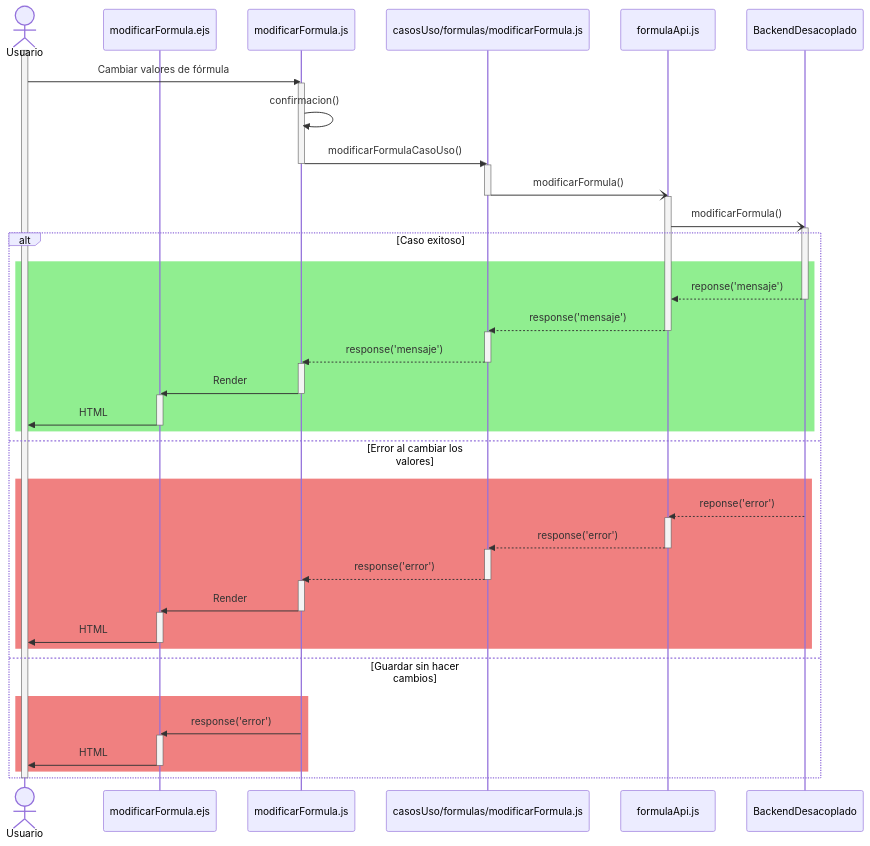
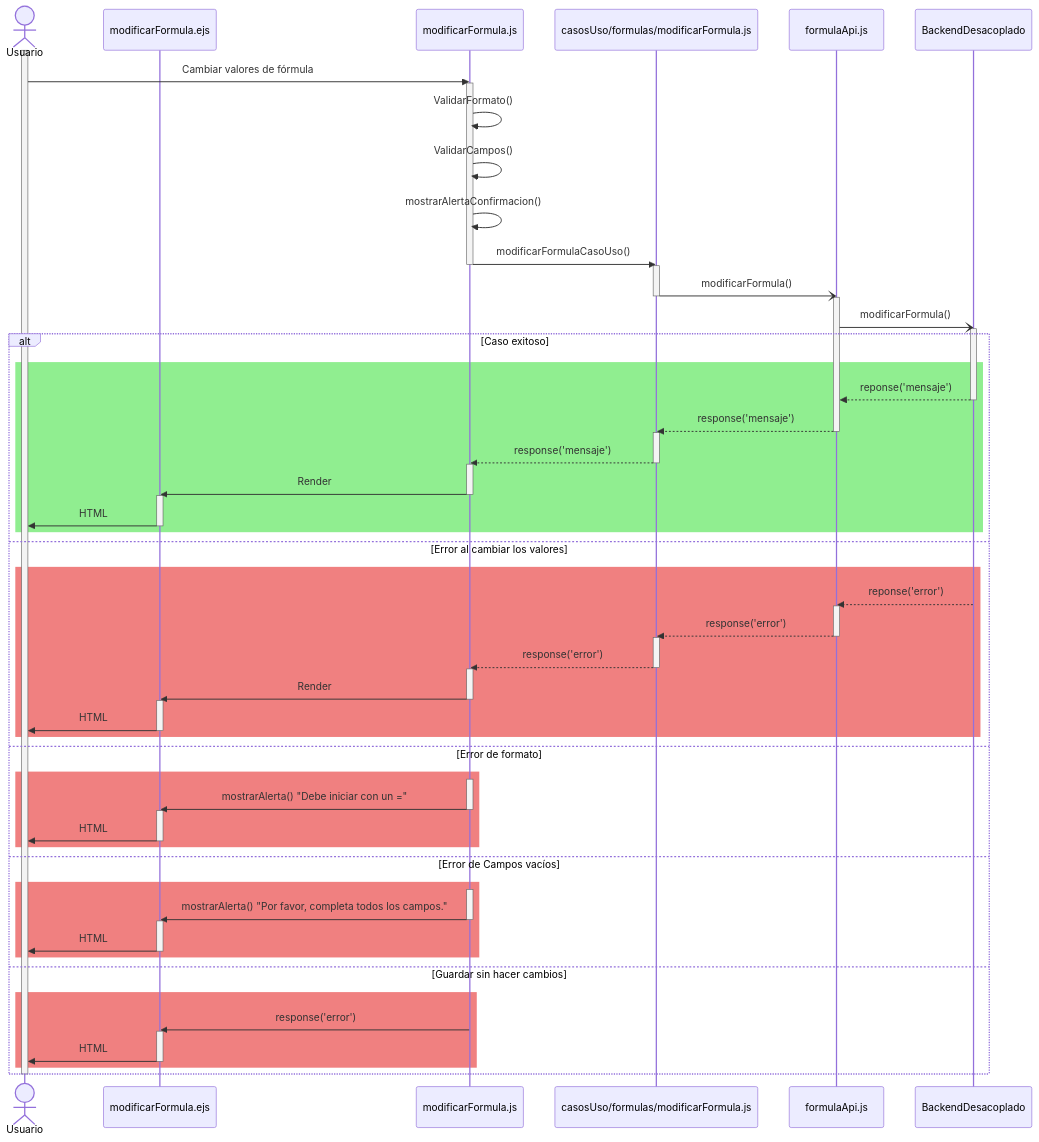
The first of 2 diagrams in documentation/docs/proyectos/tractores/documentacion/requisitos/RF31.md (CodeAnd-Co/Documentacion), drawn with Mermaid before and after one commit. The commit also changed other lines of this file and 4 other files, not shown here.

Commit message:
Correcciones de diagramas y dependencias

````diff
--- a/documentation/docs/proyectos/tractores/documentacion/requisitos/RF31.md
+++ b/documentation/docs/proyectos/tractores/documentacion/requisitos/RF31.md
@@ -46,7 +47,9 @@
     activate Usuario
     Usuario->>utilFormula: Cambiar valores de fórmula
     activate utilFormula
-    utilFormula->>utilFormula: confirmacion()
+    utilFormula->>utilFormula: ValidarFormato()
+    utilFormula->>utilFormula: ValidarCampos()
+    utilFormula->>utilFormula: mostrarAlertaConfirmacion()
     utilFormula->>usecase: modificarFormulaCasoUso()
     deactivate utilFormula
     activate usecase
@@ -87,6 +90,26 @@
       view->>Usuario: HTML
       deactivate view
       end
+    else Error de formato
+    rect Lightcoral
+      activate utilFormula
+      utilFormula->>view: mostrarAlerta() "Debe iniciar con un ="
+      deactivate utilFormula
+      activate view
+      view->>Usuario: HTML
+      deactivate view
+      end
+
+    else Error de Campos vacíos
+    rect Lightcoral
+      activate utilFormula
+      utilFormula->>view: mostrarAlerta() "Por favor, completa todos los campos."
+      deactivate utilFormula
+      activate view
+      view->>Usuario: HTML
+      deactivate view
+      end
+
     else Guardar sin hacer cambios
     rect Lightcoral
       utilFormula->>view: response('error')
@@ -96,4 +119,5 @@
       end
     end
     deactivate Usuario
+
 ```
````
